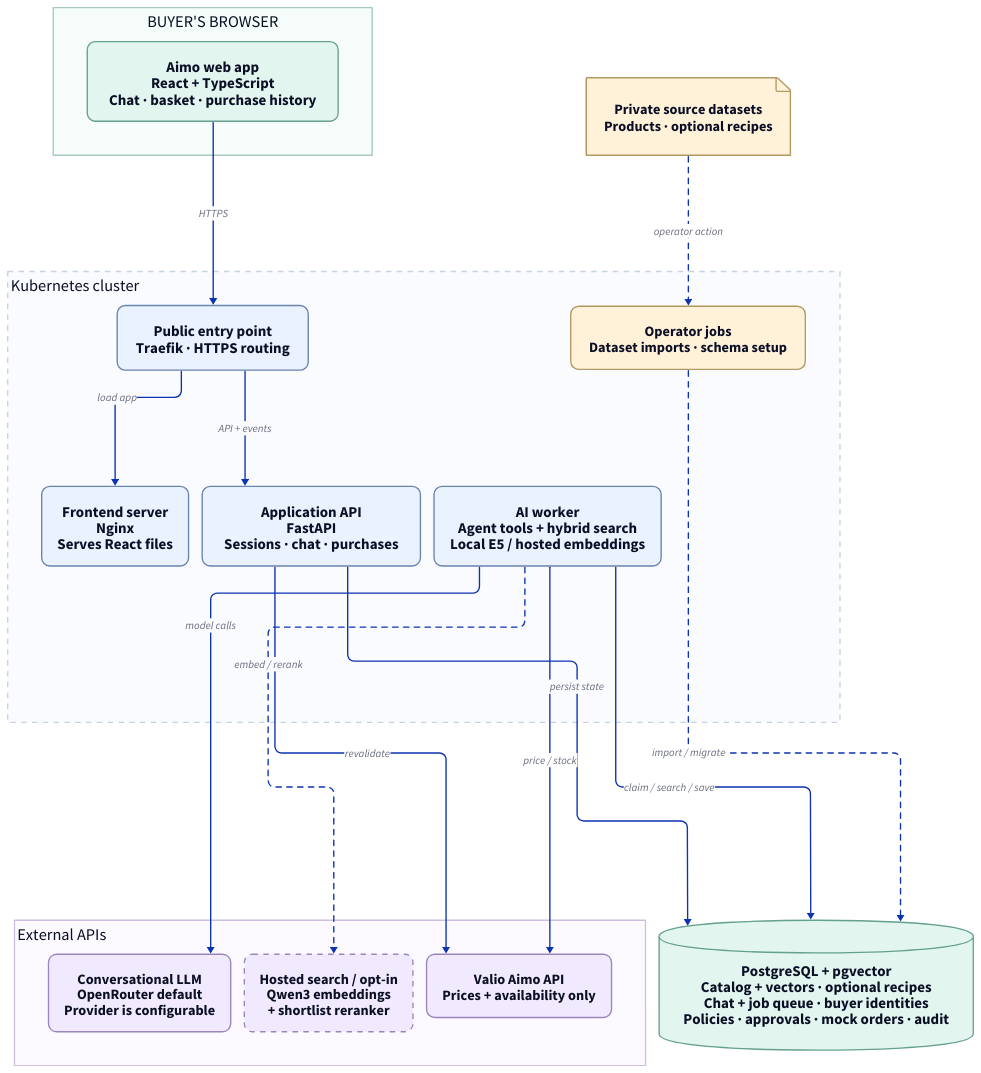
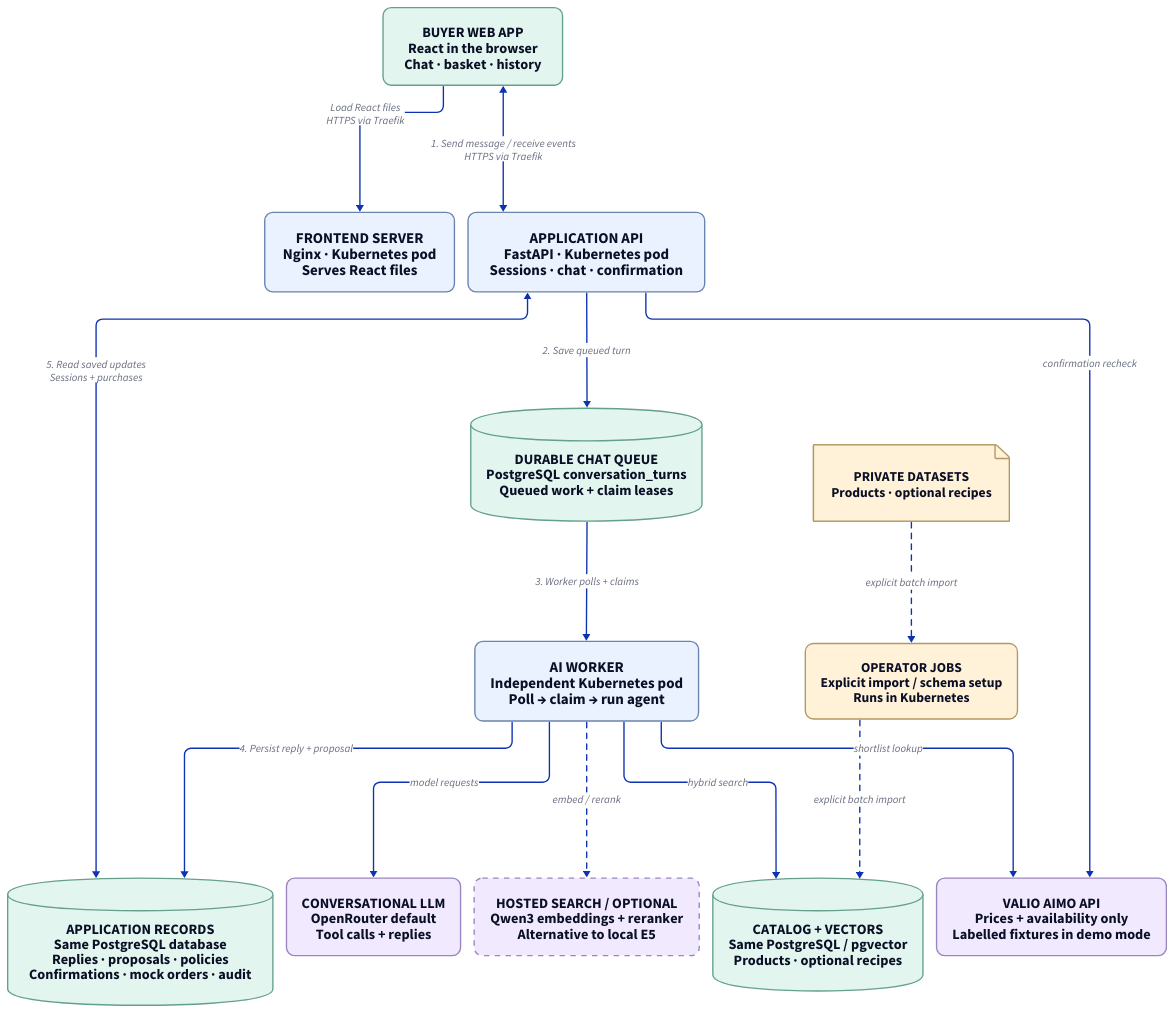
Before and after one commit to Junction-Best-Team/Main-Application: the diagram in docs/diagrams/architecture.d2, drawn with D2. The commit also changed 7 other files, not shown here.

Commit message:
docs: make queue trigger and worker result delivery explicit

```diff
--- a/docs/diagrams/architecture.d2
+++ b/docs/diagrams/architecture.d2
@@ -1,44 +1,34 @@
+# Runtime flow. Blue boxes are separate workloads in the same Kubernetes cluster.
+# The three green stores are logical areas of ONE external managed PostgreSQL database.
 vars: {d2-config: {layout-engine: elk; theme-id: 0; pad: 35}}
 direction: down
 classes: {
   app: {style: {fill: "#EAF1FF"; stroke: "#6984AE"; border-radius: 12; font-size: 22}}
-  human: {style: {fill: "#E2F5EF"; stroke: "#65A08D"; border-radius: 12; font-size: 22}}
+  data: {style: {fill: "#E2F5EF"; stroke: "#65A08D"; font-size: 21}}
   external: {style: {fill: "#F1EAFF"; stroke: "#9B85BE"; border-radius: 12; font-size: 21}}
-  ops: {style: {fill: "#FFF2D9"; stroke: "#B29963"; border-radius: 12; font-size: 21}}
+  ops: {style: {fill: "#FFF2D9"; stroke: "#B29963"; border-radius: 12; font-size: 20}}
 }
-browser: "BUYER'S BROWSER" {
-  style: {fill: "#F5FCF9"; stroke: "#A7CABD"; font-size: 24}
-  ui: "Aimo web app\nReact + TypeScript\nChat · basket · purchase history" {class: human}
-}
-cluster: "Kubernetes cluster" {
-  label.near: top-left
-  style: {fill: "#FAFBFE"; stroke: "#C6D2E2"; stroke-dash: 4; font-size: 24}
-  entry: "Public entry point\nTraefik · HTTPS routing" {class: app}
-  web: "Frontend server\nNginx\nServes React files" {class: app}
-  api: "Application API\nFastAPI\nSessions · chat · purchases" {class: app}
-  worker: "AI worker\nAgent tools + hybrid search\nLocal E5 / hosted embeddings" {class: app}
-  job: "Operator jobs\nDataset imports · schema setup" {class: ops}
-  entry -> web: load app
-  entry -> api: API + events
-}
-db: "PostgreSQL + pgvector\nCatalog + vectors · optional recipes\nChat + job queue · buyer identities\nPolicies · approvals · mock orders · audit" {
-  shape: cylinder
-  style: {fill: "#E2F5EF"; stroke: "#65A08D"; font-size: 22}
-}
-providers: "External APIs" {
-  label.near: top-left
-  style: {fill: "#FCFAFF"; stroke: "#CFC0E1"; font-size: 24}
-  chat: "Conversational LLM\nOpenRouter default\nProvider is configurable" {class: external}
-  search: "Hosted search / opt-in\nQwen3 embeddings\n+ shortlist reranker" {class: external; style.stroke-dash: 4}
-  supplier: "Valio Aimo API\nPrices + availability only" {class: external}
-}
-inputs: "Private source datasets\nProducts · optional recipes" {class: ops; shape: page}
-browser.ui -> cluster.entry: HTTPS
-cluster.api -> db: persist state
-cluster.worker -> db: claim / search / save
-cluster.worker -> providers.chat: model calls
-cluster.worker -> providers.search: embed / rerank {style.stroke-dash: 4}
-cluster.worker -> providers.supplier: price / stock
-cluster.api -> providers.supplier: revalidate
-inputs -> cluster.job: operator action {style.stroke-dash: 4}
-cluster.job -> db: import / migrate {style.stroke-dash: 4}
+browser: "BUYER WEB APP\nReact in the browser\nChat · basket · history" {class: data; style.border-radius: 12}
+frontend: "FRONTEND SERVER\nNginx · Kubernetes pod\nServes React files" {class: app}
+api: "APPLICATION API\nFastAPI · Kubernetes pod\nSessions · chat · confirmation" {class: app}
+queue: "DURABLE CHAT QUEUE\nPostgreSQL conversation_turns\nQueued work + claim leases" {class: data; shape: cylinder}
+worker: "AI WORKER\nIndependent Kubernetes pod\nPoll → claim → run agent" {class: app}
+records: "APPLICATION RECORDS\nSame PostgreSQL database\nReplies · proposals · policies\nConfirmations · mock orders · audit" {class: data; shape: cylinder}
+catalog: "CATALOG + VECTORS\nSame PostgreSQL / pgvector\nProducts · optional recipes" {class: data; shape: cylinder}
+llm: "CONVERSATIONAL LLM\nOpenRouter default\nTool calls + replies" {class: external}
+search: "HOSTED SEARCH / OPTIONAL\nQwen3 embeddings + reranker\nAlternative to local E5" {class: external; style.stroke-dash: 4}
+supplier: "VALIO AIMO API\nPrices + availability only\nLabelled fixtures in demo mode" {class: external}
+inputs: "PRIVATE DATASETS\nProducts · optional recipes" {class: ops; shape: page}
+import: "OPERATOR JOBS\nExplicit import / schema setup\nRuns in Kubernetes" {class: ops}
+browser -> frontend: "Load React files\nHTTPS via Traefik"
+browser <-> api: "1. Send message / receive events\nHTTPS via Traefik"
+api -> queue: "2. Save queued turn"
+queue -> worker: "3. Worker polls + claims"
+worker -> records: "4. Persist reply + proposal"
+api <-> records: "5. Read saved updates\nSessions + purchases"
+worker -> catalog: hybrid search
+worker -> llm: model requests
+worker -> search: embed / rerank {style.stroke-dash: 4}
+worker -> supplier: shortlist lookup
+api -> supplier: confirmation recheck
+inputs -> import -> catalog: explicit batch import {style.stroke-dash: 4}
```
